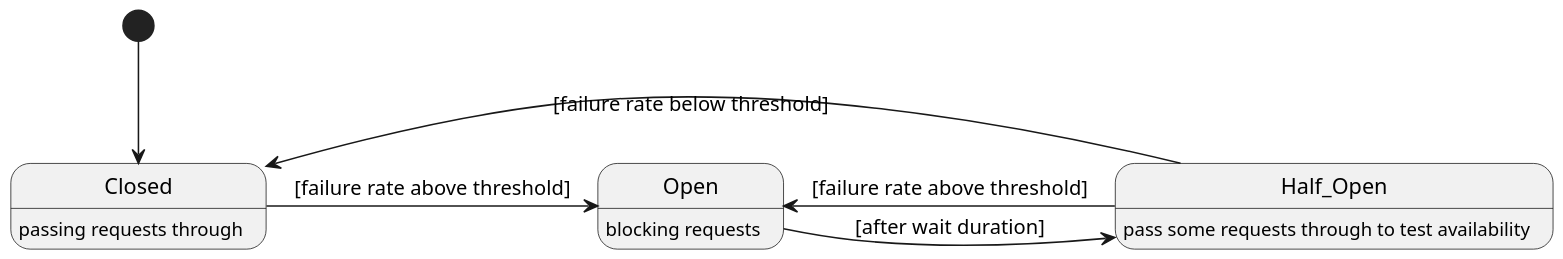
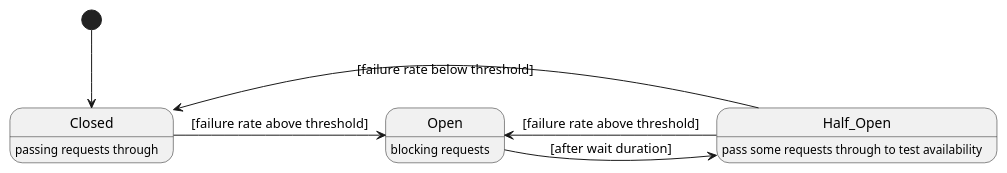
Before and after one commit to jypma/LB3210: the first of 2 diagrams in LB3210.org, drawn with PlantUML. The commit also changed other lines of this file and 1 other file, not shown here.

```diff
--- a/LB3210.org
+++ b/LB3210.org
@@ -68,17 +69,15 @@
 #+BEGIN_SRC plantuml :file graphics/circuit-breaker-state.png :hidden
-@startuml
-skinparam dpi 150
+skinparam dpi _dpi_
 hide empty description
 [*] --> Closed
 Closed : passing requests through
 
 Closed -> Open : [failure rate above threshold]
 Open : blocking requests
 
 Open -> Half_Open : [after wait duration]
 Half_Open : pass some requests through to test availability
 
 Half_Open -> Closed : [failure rate below threshold]
 Half_Open -> Open : [failure rate above threshold]
-@enduml
 #+END_SRC
```
